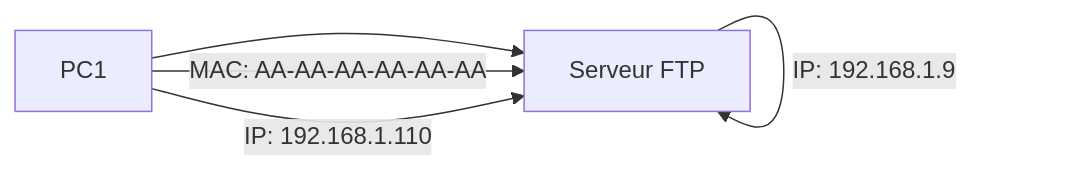
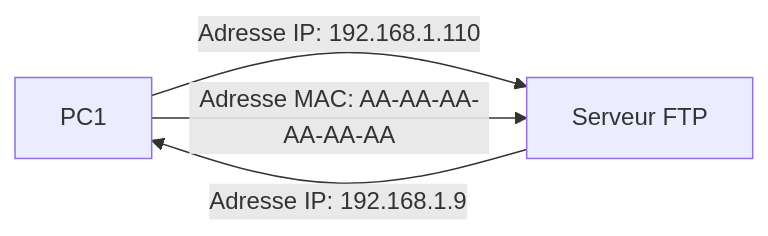
Diagram 11 of 12 in content/Netacad/Modèles et protocoles.md (Jab-Omar/DigitalcityNotes), drawn with Mermaid before and after one commit. The commit also changed other lines of this file and 1 other file, not shown here.

````diff
--- a/content/Netacad/Modèles et protocoles.md
+++ b/content/Netacad/Modèles et protocoles.md
@@ -445,8 +496,6 @@
 ```mermaid
 flowchart LR
-    A[PC1] --> B[Serveur FTP]
-    A -- MAC: AA-AA-AA-AA-AA-AA --> B
-    A -- IP: 192.168.1.110 --> B
-    B -- IP: 192.168.1.9 --> B
-
+    A[PC1] -->|Adresse IP: 192.168.1.110| B[Serveur FTP]
+    A -->|Adresse MAC: AA-AA-AA-AA-AA-AA| B
+    B -->|Adresse IP: 192.168.1.9| A
 ```
````
